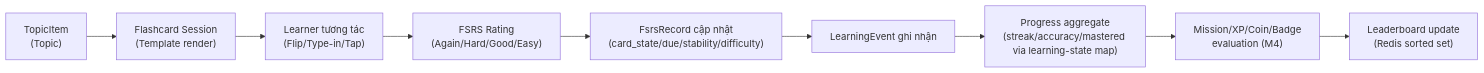
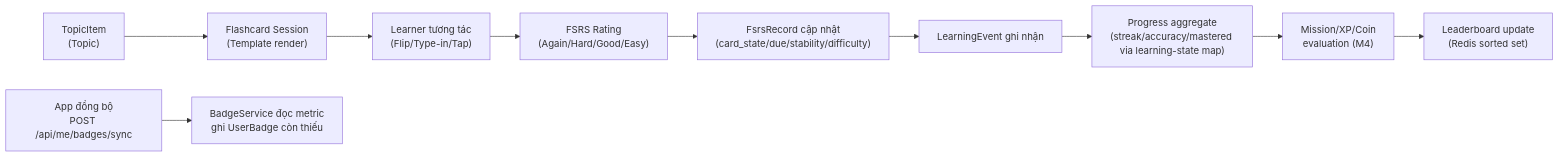
One commit to SnapVocab/docs changed the fourth of 6 diagrams in sa/sa.md. Above: the diagram before and after it, drawn with Mermaid. The commit also changed other lines of this file and 13 other files, not shown here.

````diff
--- a/sa/sa.md
+++ b/sa/sa.md
@@ -442,11 +442,12 @@
 ```mermaid
 flowchart LR
     A["TopicItem<br>(Topic)"] --> B["Flashcard Session<br>(Template render)"]
     B --> C["Learner tương tác<br>(Flip/Type-in/Tap)"]
     C --> D["FSRS Rating<br>(Again/Hard/Good/Easy)"]
     D --> E["FsrsRecord cập nhật<br>(card_state/due/stability/difficulty)"]
     E --> F["LearningEvent ghi nhận"]
     F --> G["Progress aggregate<br>(streak/accuracy/mastered via learning-state map)"]
-    G --> H["Mission/XP/Coin/Badge<br>evaluation (M4)"]
+    G --> H["Mission/XP/Coin<br>evaluation (M4)"]
     H --> I["Leaderboard update<br>(Redis sorted set)"]
+    J["App đồng bộ<br>POST /api/me/badges/sync"] --> K["BadgeService đọc metric<br>ghi UserBadge còn thiếu"]
 ```
````
